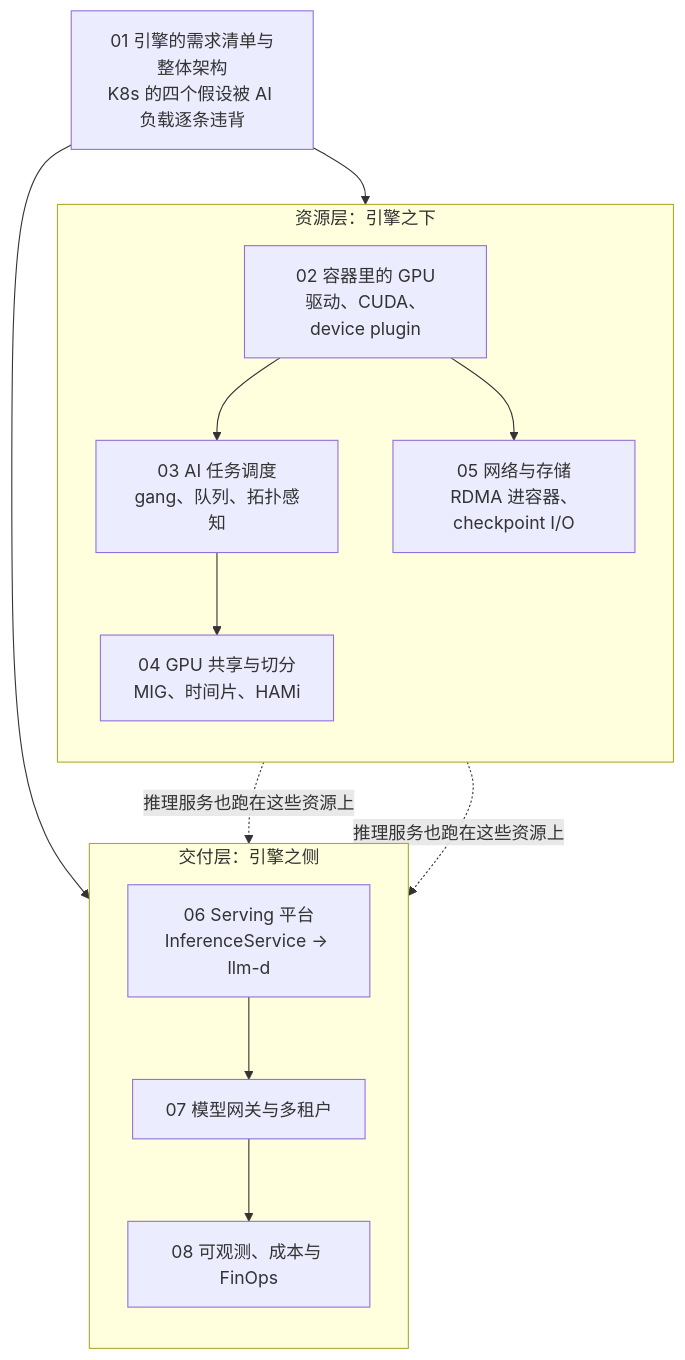
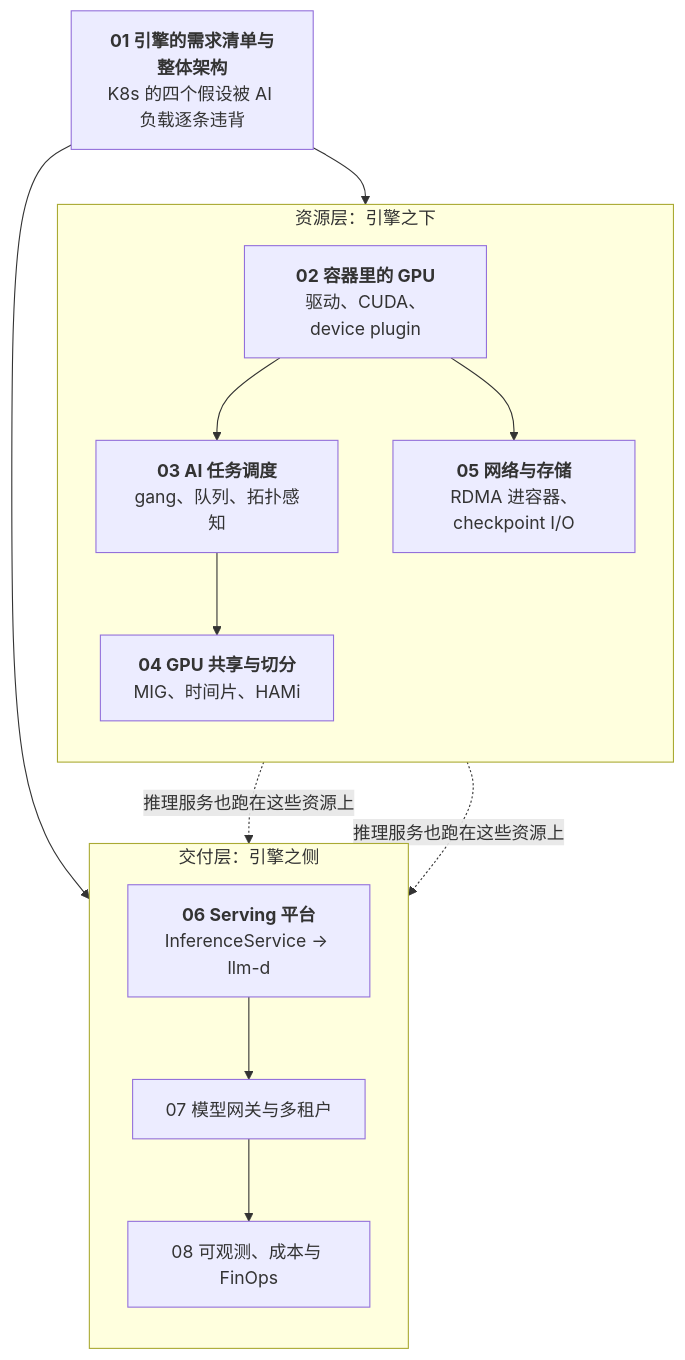
One commit to arganzheng/arganzheng.github.com changed the diagram in _posts/2026-09-22-ai-platform-engineering-series-recap-and-self-test.md. Above: the diagram before and after it, drawn with Mermaid. The commit also changed 8 other files, not shown here.

First line of the commit message:
AI 平台工程：资源层与交付层：Mermaid 多行方框的首行标为标题（9 篇）

````diff
--- a/_posts/2026-09-22-ai-platform-engineering-series-recap-and-self-test.md
+++ b/_posts/2026-09-22-ai-platform-engineering-series-recap-and-self-test.md
@@ -19,19 +19,19 @@
 ```mermaid
 %%{init: {"flowchart": {"wrappingWidth": 160}}}%%
 %% 图：AI 平台工程系列全景：需求清单分出资源层与交付层两条链
 flowchart TB
-    P1["01 引擎的需求清单与整体架构<br/>K8s 的四个假设被 AI 负载逐条违背"]
+    P1["<b>01 引擎的需求清单与整体架构</b><br/>K8s 的四个假设被 AI 负载逐条违背"]
     subgraph RES["资源层：引擎之下"]
         direction TB
-        P2["02 容器里的 GPU<br/>驱动、CUDA、device plugin"] --> P3["03 AI 任务调度<br/>gang、队列、拓扑感知"] --> P4["04 GPU 共享与切分<br/>MIG、时间片、HAMi"]
-        P2 --> P5["05 网络与存储<br/>RDMA 进容器、checkpoint I/O"]
+        P2["<b>02 容器里的 GPU</b><br/>驱动、CUDA、device plugin"] --> P3["<b>03 AI 任务调度</b><br/>gang、队列、拓扑感知"] --> P4["<b>04 GPU 共享与切分</b><br/>MIG、时间片、HAMi"]
+        P2 --> P5["<b>05 网络与存储</b><br/>RDMA 进容器、checkpoint I/O"]
     end
     subgraph DEL["交付层：引擎之侧"]
         direction TB
-        P6["06 Serving 平台<br/>InferenceService → llm-d"] --> P7["07 模型网关与多租户"] --> P8["08 可观测、成本与 FinOps"]
+        P6["<b>06 Serving 平台</b><br/>InferenceService → llm-d"] --> P7["07 模型网关与多租户"] --> P8["08 可观测、成本与 FinOps"]
     end
     P1 --> P2
     P1 --> P6
     P4 & P5 -. "推理服务也跑在这些资源上" .-> P6
 
 ```
````
